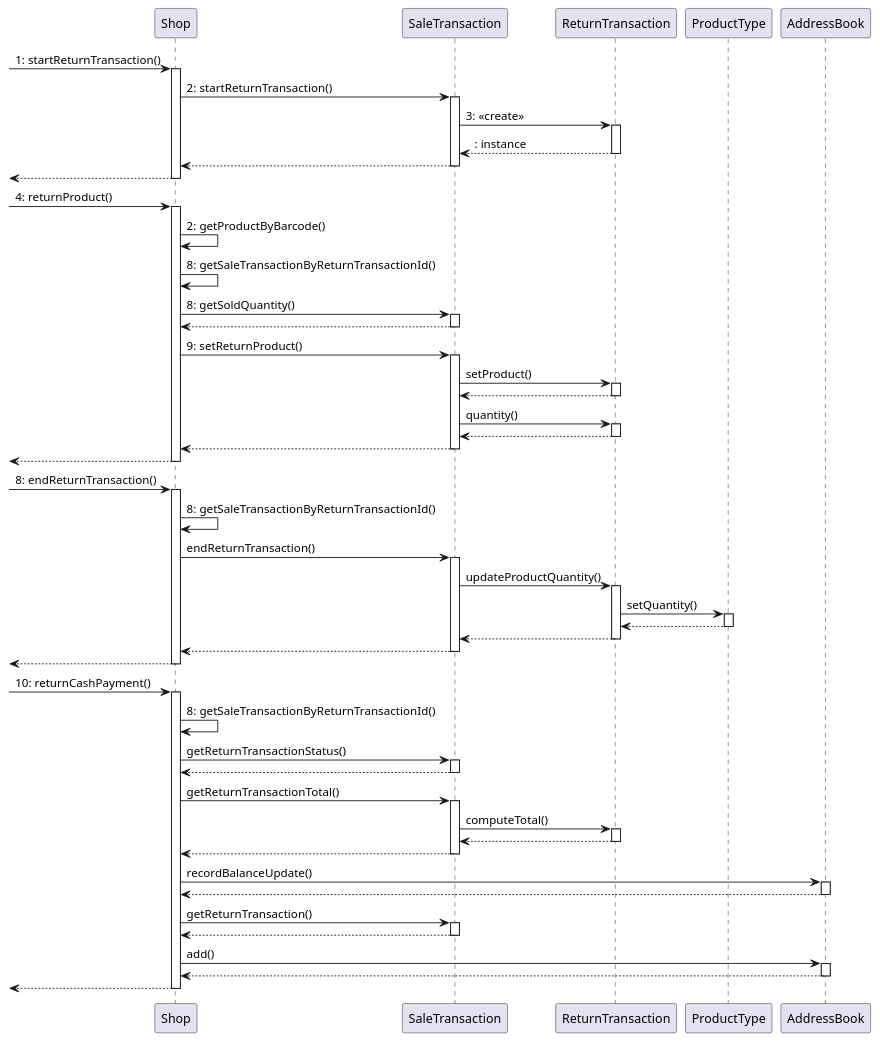
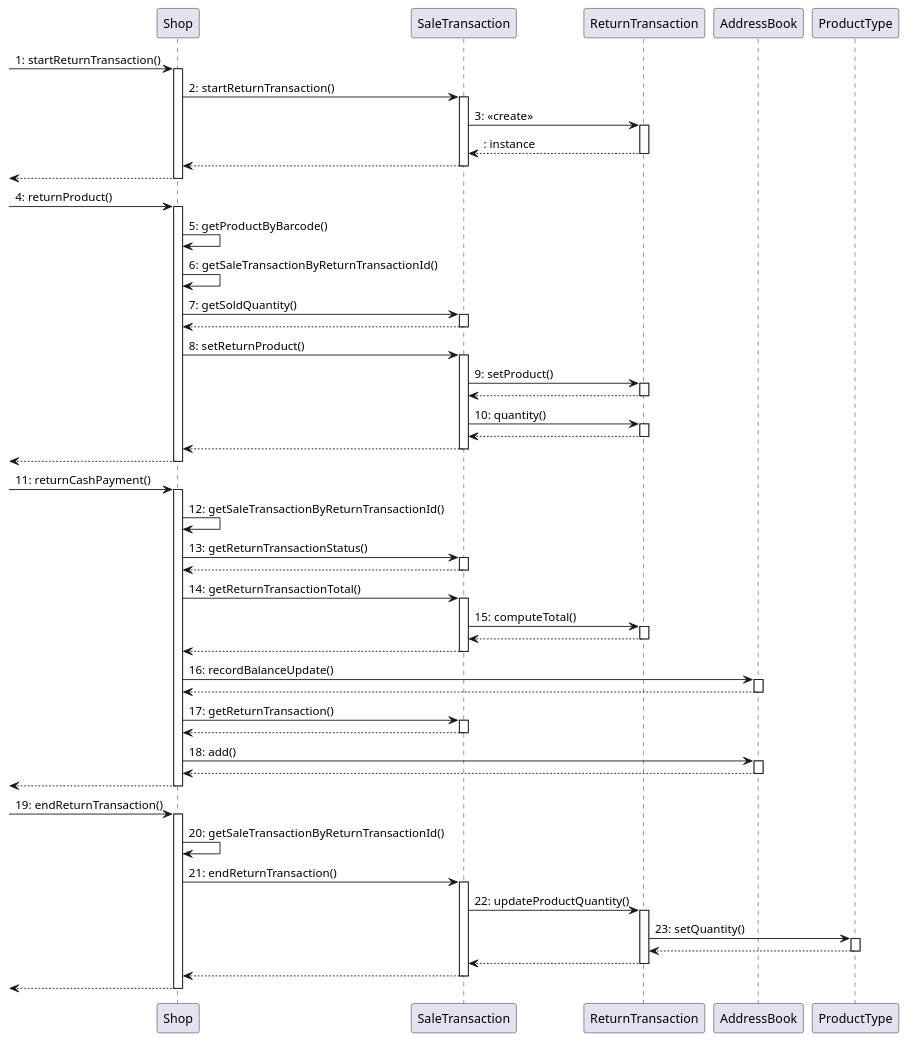
Before and after one commit to MatteoBattilana/EzShop: the sixth of 6 diagrams in Deliverables/DesignDocument.md, drawn with PlantUML. The commit also changed other lines of this file, not shown here.

Commit message:
docs: added return scenario 6.1 and 8.1

````diff
--- a/Deliverables/DesignDocument.md
+++ b/Deliverables/DesignDocument.md
@@ -434,80 +430,81 @@
 ```plantuml
 @startuml
 ->Shop: 1: startReturnTransaction()
 activate Shop
   Shop -> SaleTransaction: 2: startReturnTransaction()
   activate SaleTransaction
     SaleTransaction -> ReturnTransaction: 3: <<create>>
     activate ReturnTransaction
     return : instance
   return
 return
 
 ->Shop: 4: returnProduct()
   activate Shop
-    Shop -> Shop: 2: getProductByBarcode()
-    Shop -> Shop: 8: getSaleTransactionByReturnTransactionId()
-    Shop -> SaleTransaction: 8: getSoldQuantity()
+    Shop -> Shop: 5: getProductByBarcode()
+    Shop -> Shop: 6: getSaleTransactionByReturnTransactionId()
+    Shop -> SaleTransaction: 7: getSoldQuantity()
     activate SaleTransaction
     return
 
 
-    Shop -> SaleTransaction: 9: setReturnProduct()
+    Shop -> SaleTransaction: 8: setReturnProduct()
     activate SaleTransaction
-          SaleTransaction -> ReturnTransaction: setProduct()
+          SaleTransaction -> ReturnTransaction: 9: setProduct()
           activate ReturnTransaction
           return
-          SaleTransaction -> ReturnTransaction: quantity()
+          SaleTransaction -> ReturnTransaction: 10: quantity()
           activate ReturnTransaction
           return
     return
 return
--> Shop: 8: endReturnTransaction()
+
+
+
+
+
+-> Shop: 11: returnCashPayment()
 activate Shop
-    Shop -> Shop: 8: getSaleTransactionByReturnTransactionId()
-          Shop -> SaleTransaction: endReturnTransaction()
+    Shop -> Shop: 12: getSaleTransactionByReturnTransactionId()
+
+    Shop -> SaleTransaction: 13: getReturnTransactionStatus()
+    activate SaleTransaction
+    return
+
+  Shop -> SaleTransaction: 14: getReturnTransactionTotal()
+    activate SaleTransaction
+     SaleTransaction -> ReturnTransaction: 15: computeTotal()
+      activate ReturnTransaction
+      return
+    return
+
+   Shop -> AddressBook: 16: recordBalanceUpdate()
+   activate AddressBook
+   return
+   Shop -> SaleTransaction: 17: getReturnTransaction()
+   activate SaleTransaction
+   return
+   Shop -> AddressBook: 18: add()
+   activate AddressBook
+   return
+return
+-> Shop: 19: endReturnTransaction()
+activate Shop
+    Shop -> Shop: 20: getSaleTransactionByReturnTransactionId()
+          Shop -> SaleTransaction: 21: endReturnTransaction()
           activate SaleTransaction
 
-                   SaleTransaction -> ReturnTransaction: updateProductQuantity()
+                   SaleTransaction -> ReturnTransaction: 22: updateProductQuantity()
                    activate ReturnTransaction
-                   ReturnTransaction -> ProductType: setQuantity()
+                   ReturnTransaction -> ProductType: 23: setQuantity()
                    activate ProductType
                    return
 
 
                  return
 
           return
 return
 
-
-
-
-
--> Shop: 10: returnCashPayment()
-activate Shop
-    Shop -> Shop: 8: getSaleTransactionByReturnTransactionId()
-
-    Shop -> SaleTransaction: getReturnTransactionStatus()
-    activate SaleTransaction
-    return
-
-  Shop -> SaleTransaction: getReturnTransactionTotal()
-    activate SaleTransaction
-     SaleTransaction -> ReturnTransaction: computeTotal()
-      activate ReturnTransaction
-      return
-    return
-
-   Shop -> AddressBook: recordBalanceUpdate()
-   activate AddressBook
-   return
-   Shop -> SaleTransaction: getReturnTransaction()
-   activate SaleTransaction
-   return
-   Shop -> AddressBook: add()
-   activate AddressBook
-   return
-return
 @enduml
 ```
````
